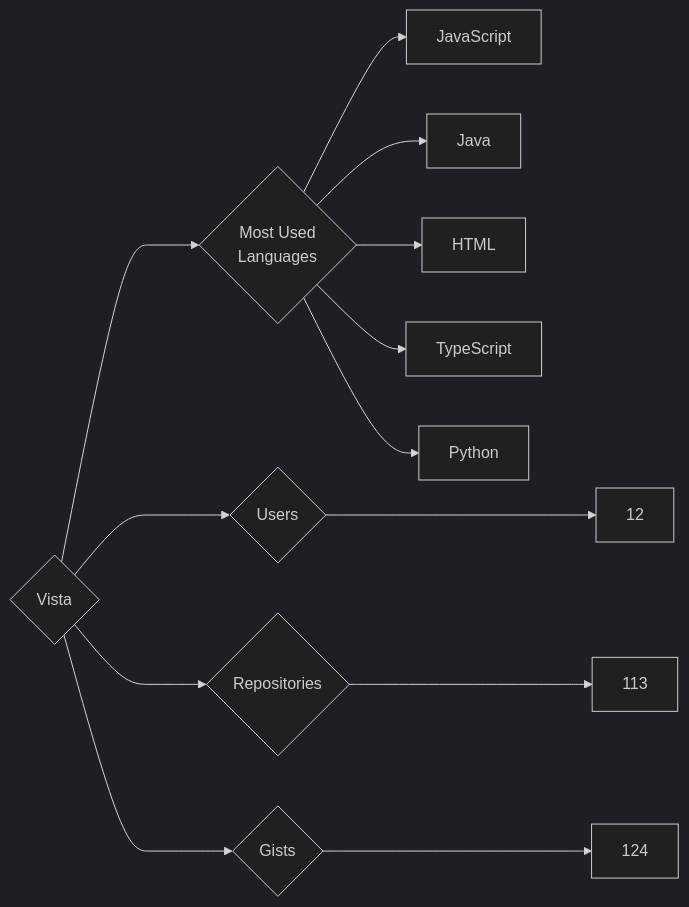
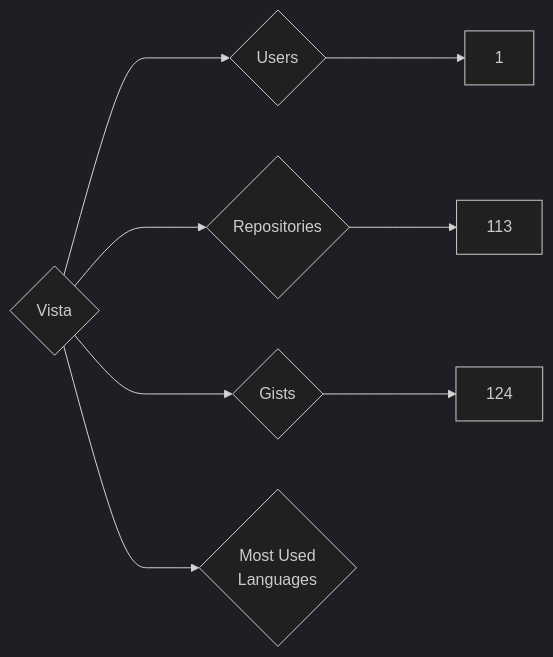
Before and after one commit to trickest/insiders: the diagram in targets/Vista/README.md, drawn with Mermaid (dark theme). The commit also changed 895 other files, not shown here.

````diff
--- a/targets/Vista/README.md
+++ b/targets/Vista/README.md
@@ -3,13 +3,8 @@
 ```mermaid
 graph LR
 COMPANY_NAME{Vista}
-COMPANY_NAME ---> U{Users} ---> UN[12]
+COMPANY_NAME ---> U{Users} ---> UN[1]
 COMPANY_NAME ---> R{Repositories} ---> RN[113]
 COMPANY_NAME ---> G{Gists} ---> GN[124]
 COMPANY_NAME ---> ML{Most Used<br>Languages}
-ML --> JavaScript[JavaScript]
-ML --> Java[Java]
-ML --> HTML[HTML]
-ML --> TypeScript[TypeScript]
-ML --> Python[Python]
 ```
````
